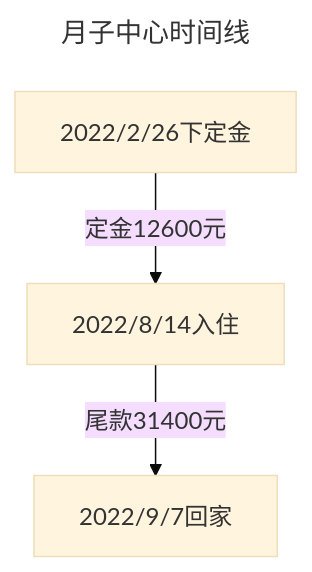
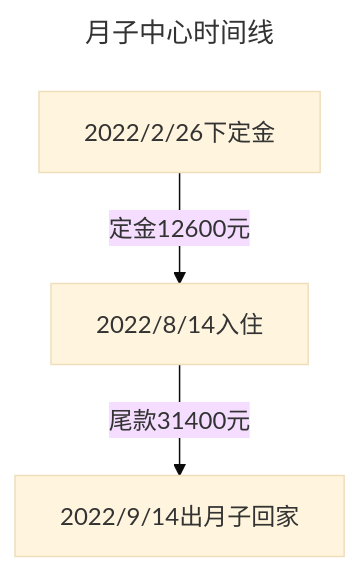
The diagram in src/家庭/笑笑/笑笑出生回忆录.md (arthurfsy2/arthurfsy2.github.io), drawn with Mermaid (base theme) before and after one commit.

````diff
--- a/src/家庭/笑笑/笑笑出生回忆录.md
+++ b/src/家庭/笑笑/笑笑出生回忆录.md
@@ -60,9 +60,9 @@
 ```mermaid
 ---
 title: 月子中心时间线
 ---
 flowchart TB
 
-    2022/2/26下定金--定金12600元-->2022/8/14入住--尾款31400元-->2022/9/7回家
+    2022/2/26下定金--定金12600元-->2022/8/14入住--尾款31400元-->2022/9/14出月子回家
 
 ```
````
